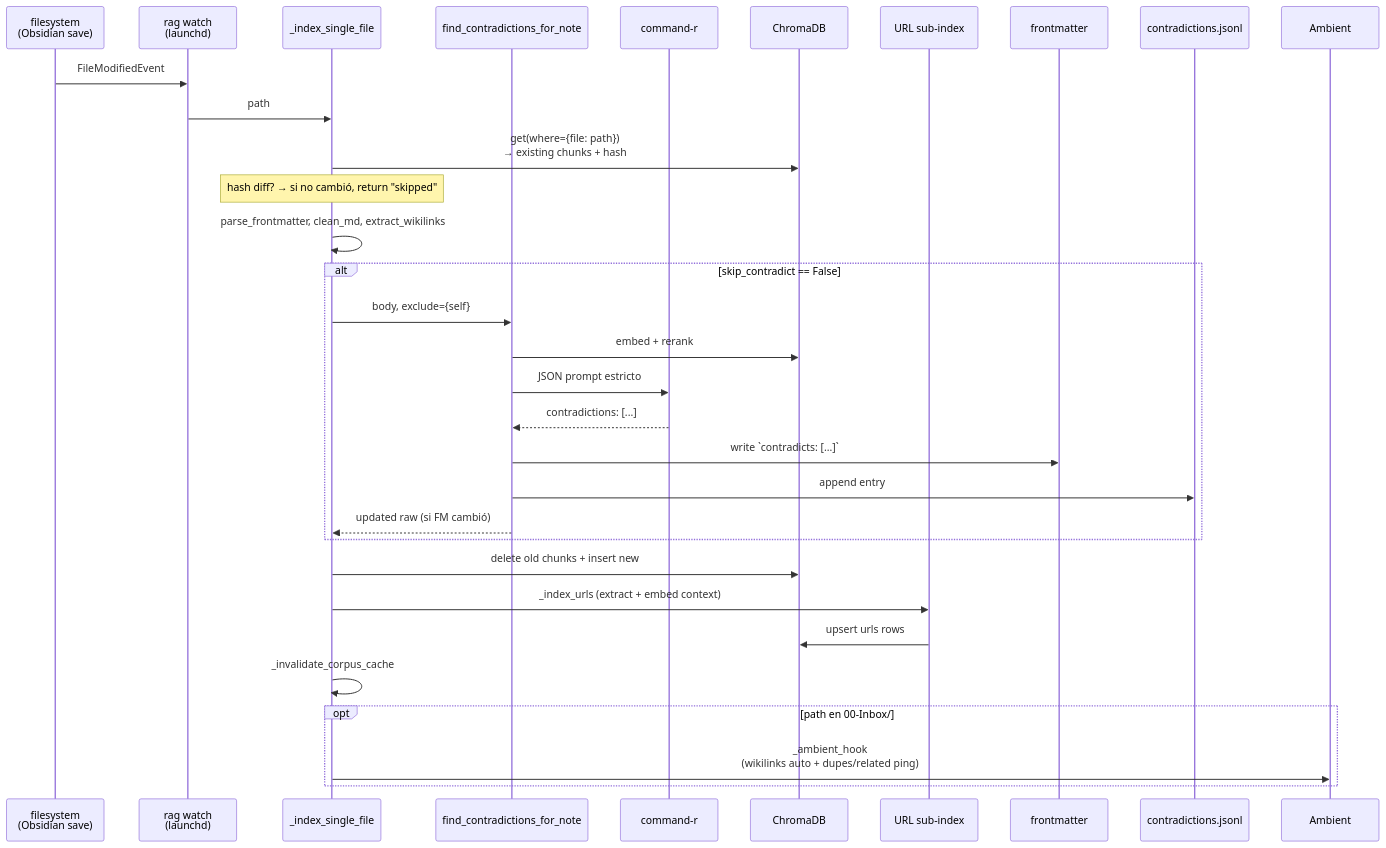
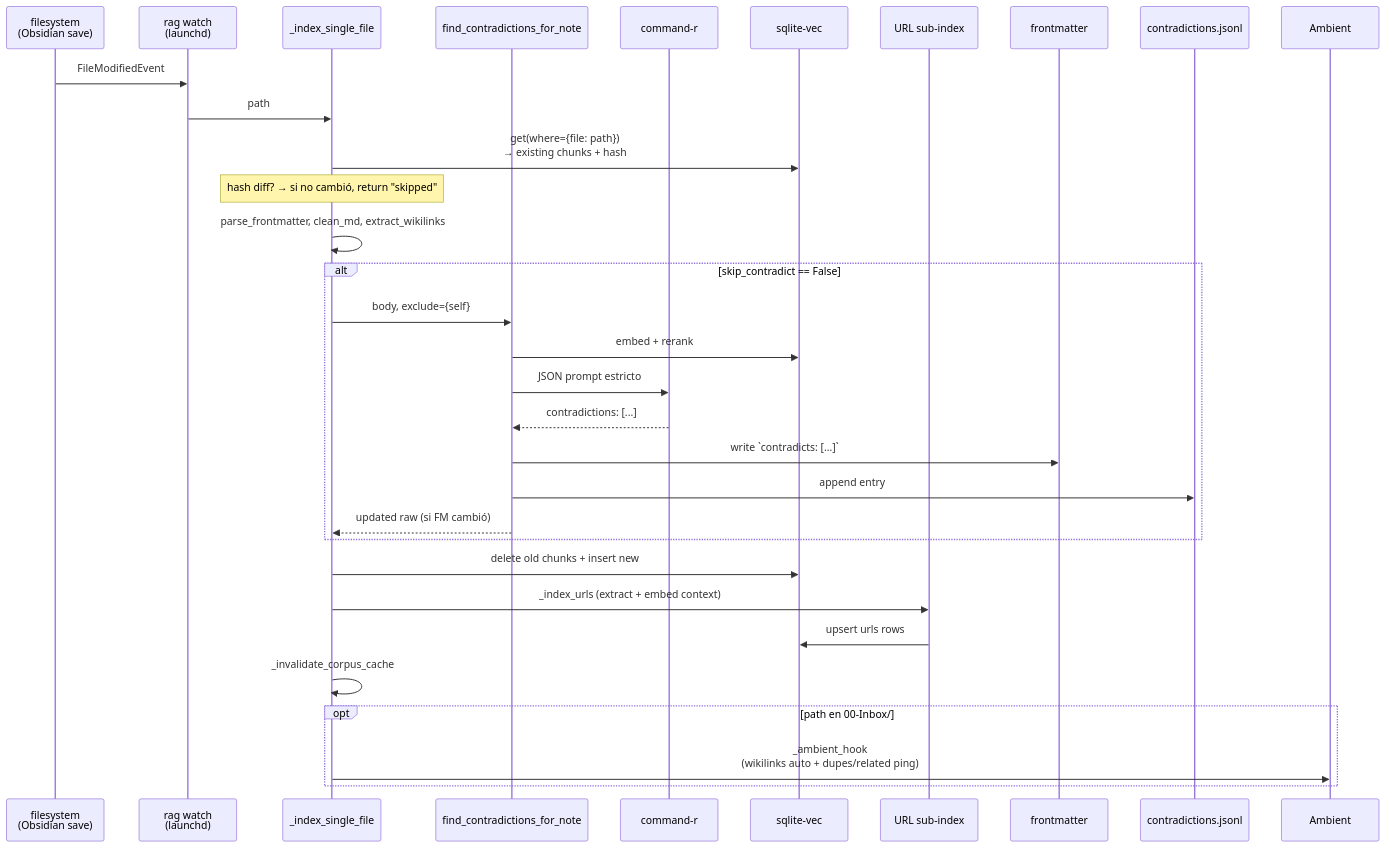
One commit to jagoff/rag-obsidian changed the second of 13 diagrams in docs/SYSTEM.md. Above: the diagram before and after it, drawn with Mermaid. The commit also changed other lines of this file and 53 other files, not shown here.

````diff
--- a/docs/SYSTEM.md
+++ b/docs/SYSTEM.md
@@ -141,34 +141,34 @@
 ```mermaid
 sequenceDiagram
     participant FS as filesystem<br/>(Obsidian save)
     participant Watch as rag watch<br/>(launchd)
     participant ISF as _index_single_file
     participant CR as find_contradictions_for_note
     participant Chat as command-r
-    participant Chroma as ChromaDB
+    participant Vec as sqlite-vec
     participant URLs as URL sub-index
     participant FM as frontmatter
     participant Log as contradictions.jsonl
 
     FS->>Watch: FileModifiedEvent
     Watch->>ISF: path
-    ISF->>Chroma: get(where={file: path})<br/>→ existing chunks + hash
+    ISF->>Vec: get(where={file: path})<br/>→ existing chunks + hash
     Note over ISF: hash diff? → si no cambió, return "skipped"
     ISF->>ISF: parse_frontmatter, clean_md, extract_wikilinks
     alt skip_contradict == False
         ISF->>CR: body, exclude={self}
-        CR->>Chroma: embed + rerank
+        CR->>Vec: embed + rerank
         CR->>Chat: JSON prompt estricto
         Chat-->>CR: contradictions: [...]
         CR->>FM: write `contradicts: [...]`
         CR->>Log: append entry
         CR-->>ISF: updated raw (si FM cambió)
     end
-    ISF->>Chroma: delete old chunks + insert new
+    ISF->>Vec: delete old chunks + insert new
     ISF->>URLs: _index_urls (extract + embed context)
-    URLs->>Chroma: upsert urls rows
+    URLs->>Vec: upsert urls rows
     ISF->>ISF: _invalidate_corpus_cache
     opt path en 00-Inbox/
         ISF->>Ambient: _ambient_hook<br/>(wikilinks auto + dupes/related ping)
     end
 ```
````
